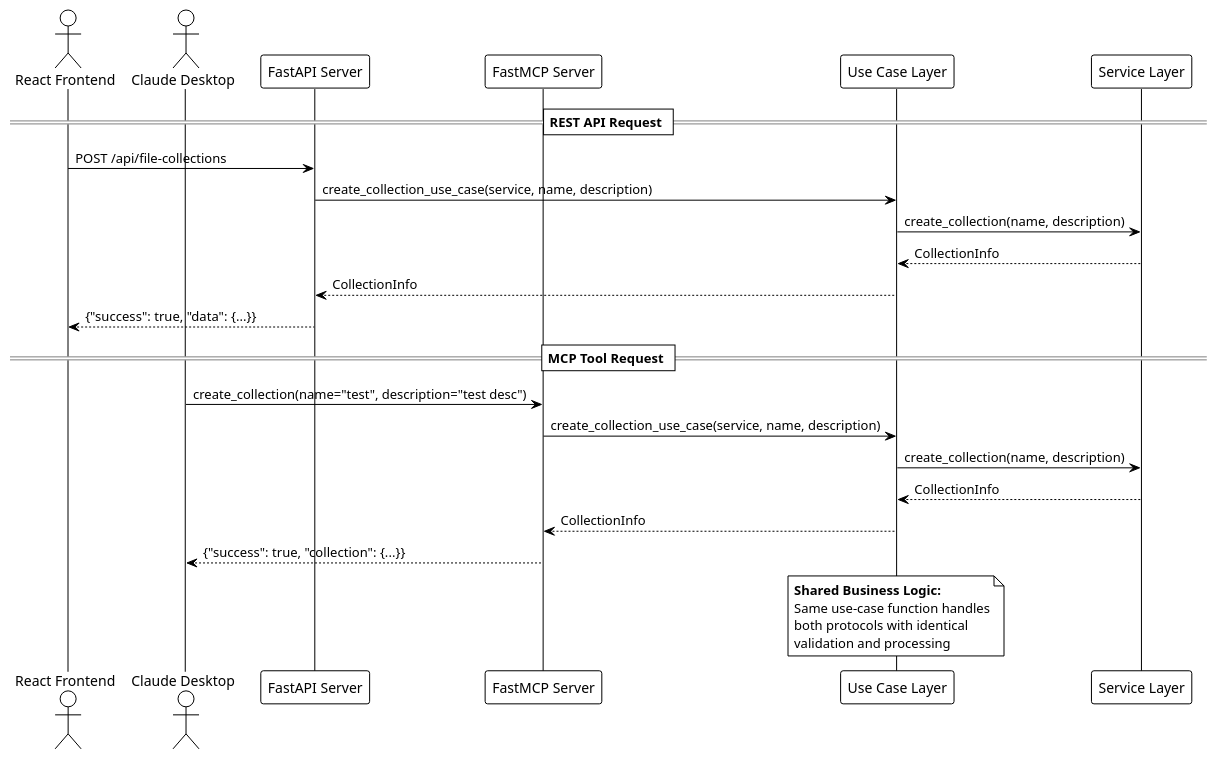
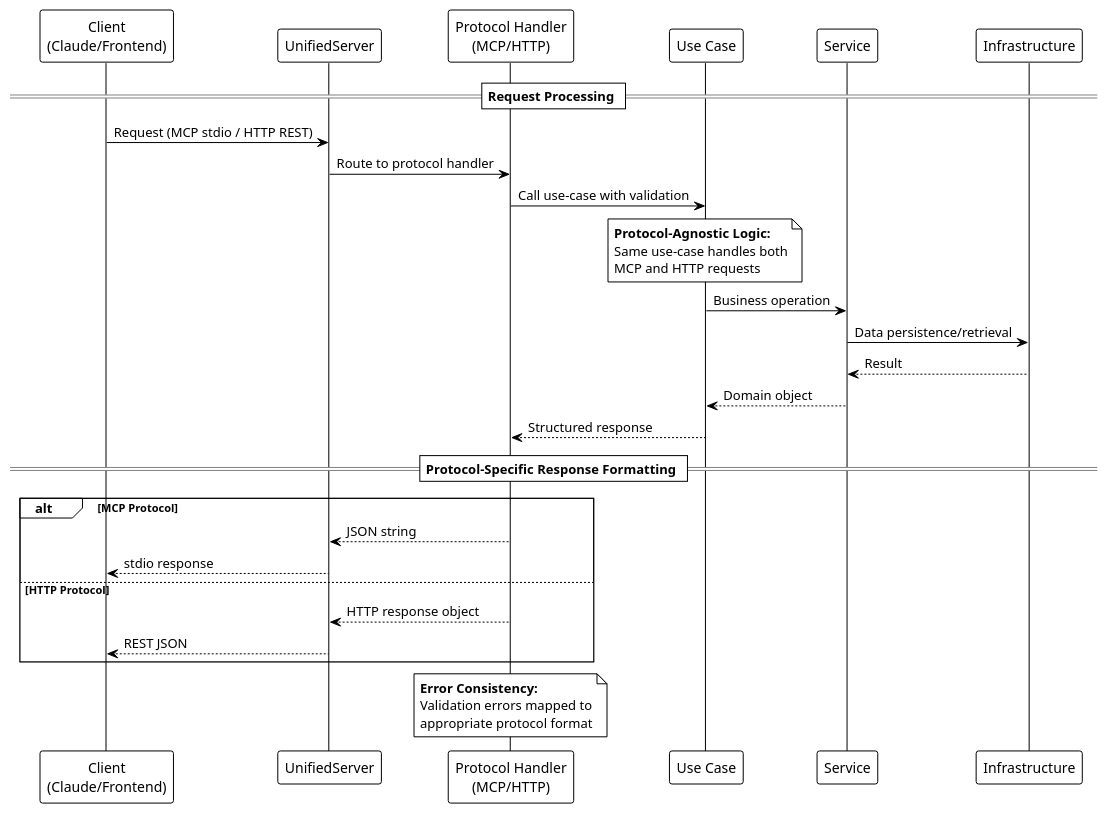
The fourth of 13 diagrams in docs/ARCHITECTURE.md (fwegener83/crawl4ai-mcp-server), drawn with PlantUML before and after one commit. The commit also changed other lines of this file and 36 other files, not shown here.

````diff
--- a/docs/ARCHITECTURE.md
+++ b/docs/ARCHITECTURE.md
@@ -487,37 +325,45 @@
 ```puml
-@startuml Protocol Integration
+@startuml request_flow
 !theme plain
 
-actor "React Frontend" as Frontend
-actor "Claude Desktop" as Claude
+participant "Client\n(Claude/Frontend)" as Client
+participant "UnifiedServer" as Server
+participant "Protocol Handler\n(MCP/HTTP)" as Protocol
+participant "Use Case" as UC
+participant "Service" as Service
+participant "Infrastructure" as Infra
 
-participant "FastAPI Server" as HTTP
-participant "FastMCP Server" as MCP
-participant "Use Case Layer" as UC
-participant "Service Layer" as Service
-
-== REST API Request ==
-Frontend -> HTTP: POST /api/file-collections
-HTTP -> UC: create_collection_use_case(service, name, description)
-UC -> Service: create_collection(name, description)
-Service --> UC: CollectionInfo
-UC --> HTTP: CollectionInfo
-HTTP --> Frontend: {"success": true, "data": {...}}
-
-== MCP Tool Request ==  
-Claude -> MCP: create_collection(name="test", description="test desc")
-MCP -> UC: create_collection_use_case(service, name, description)
-UC -> Service: create_collection(name, description)
-Service --> UC: CollectionInfo
-UC --> MCP: CollectionInfo
-MCP --> Claude: {"success": true, "collection": {...}}
+== Request Processing ==
+Client -> Server: Request (MCP stdio / HTTP REST)
+Server -> Protocol: Route to protocol handler
+Protocol -> UC: Call use-case with validation
 
 note over UC
-  **Shared Business Logic:**
-  Same use-case function handles
-  both protocols with identical
-  validation and processing
+  **Protocol-Agnostic Logic:**
+  Same use-case handles both
+  MCP and HTTP requests
+end note
+
+UC -> Service: Business operation
+Service -> Infra: Data persistence/retrieval
+Infra --> Service: Result
+Service --> UC: Domain object
+UC --> Protocol: Structured response
+
+== Protocol-Specific Response Formatting ==
+alt MCP Protocol
+  Protocol --> Server: JSON string
+  Server --> Client: stdio response
+else HTTP Protocol  
+  Protocol --> Server: HTTP response object
+  Server --> Client: REST JSON
+end
+
+note over Protocol
+  **Error Consistency:**
+  Validation errors mapped to
+  appropriate protocol format
 end note
 
 @enduml
 ```
````
